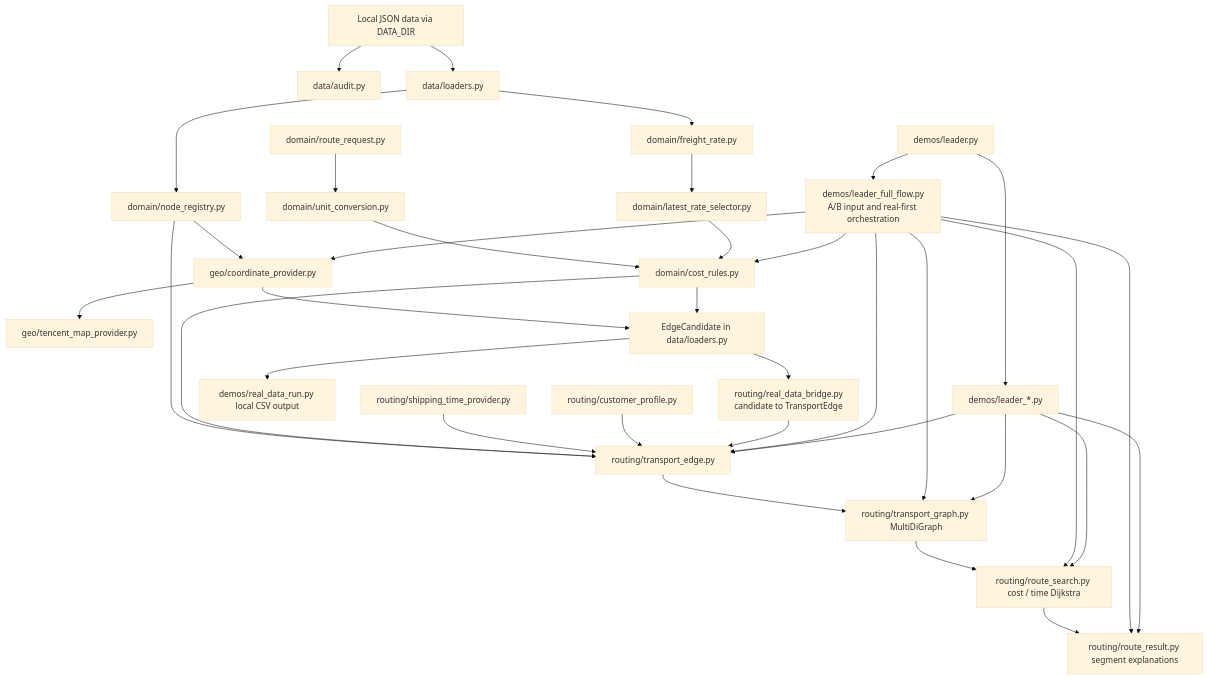
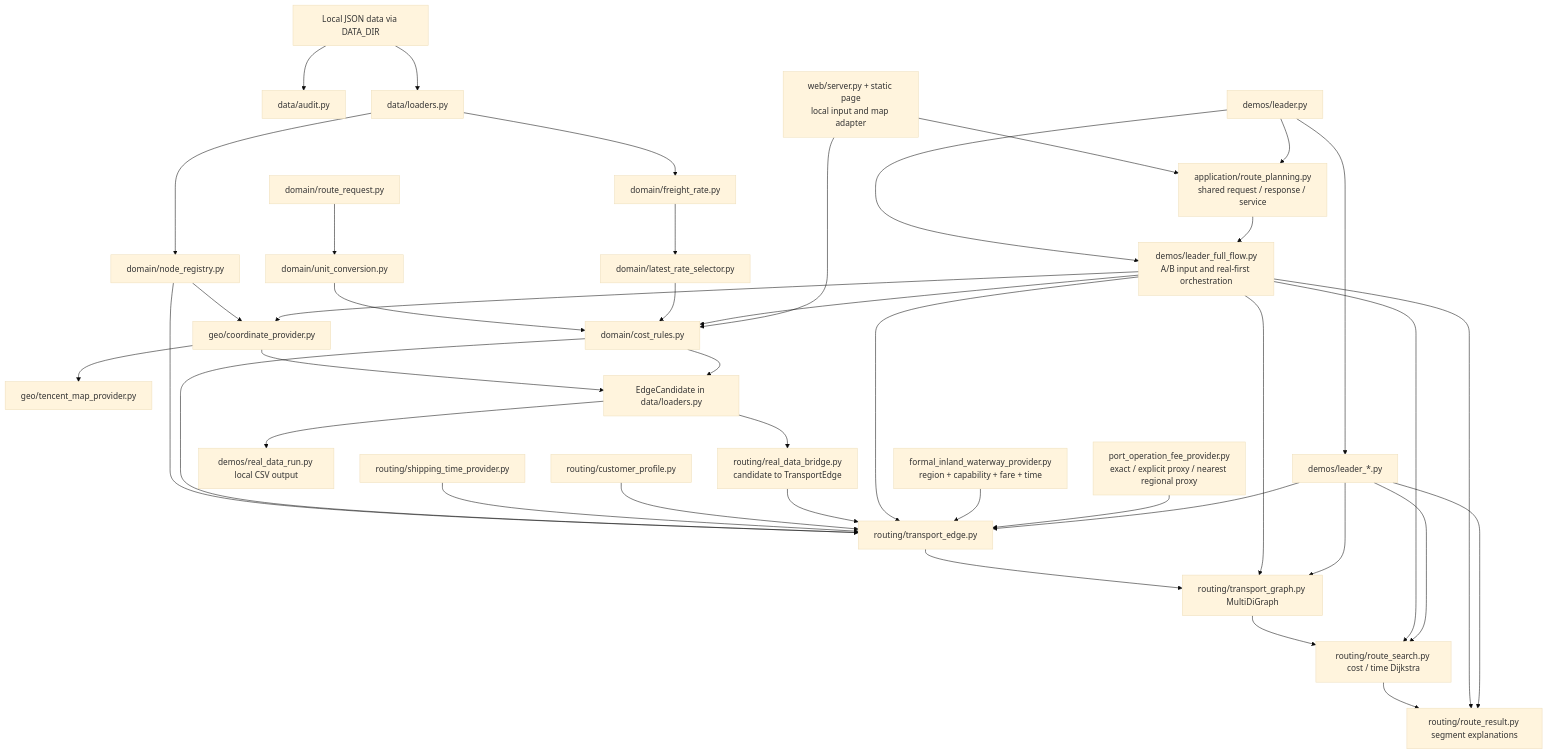
Before and after one commit to yumenou92-netizen/From-Port-to-Factory-A-Project-on-Transport-Route-Inference-Based-on-an-Open-Mapping-Platform: the first of 2 diagrams in docs/ARCHITECTURE.md, drawn with Mermaid (base theme). The commit also changed other lines of this file and 85 other files, not shown here.

````diff
--- a/docs/ARCHITECTURE.md
+++ b/docs/ARCHITECTURE.md
@@ -9,44 +77,50 @@
 ```mermaid
 flowchart TD
     A["Local JSON data via DATA_DIR"] --> B["data/audit.py"]
     A --> C["data/loaders.py"]
 
     C --> D["domain/node_registry.py"]
     D --> D2["geo/coordinate_provider.py"]
     D2 --> D3["geo/tencent_map_provider.py"]
     C --> E["domain/freight_rate.py"]
     E --> E2["domain/latest_rate_selector.py"]
 
     F["domain/route_request.py"] --> G["domain/unit_conversion.py"]
     G --> H["domain/cost_rules.py"]
     E2 --> H
     T["routing/shipping_time_provider.py"]
     P["routing/customer_profile.py"]
 
     D2 --> I["EdgeCandidate in data/loaders.py"]
     H --> I
     I --> O["demos/real_data_run.py local CSV output"]
     I --> R["routing/real_data_bridge.py<br/>candidate to TransportEdge"]
 
     D --> U["routing/transport_edge.py"]
     H --> U
     T --> U
     P --> U
     R --> U
     U --> V["routing/transport_graph.py MultiDiGraph"]
     V --> W["routing/route_search.py cost / time Dijkstra"]
     W --> X["routing/route_result.py segment explanations"]
 
     M["demos/leader.py"] --> N["demos/leader_*.py"]
     M --> LF["demos/leader_full_flow.py<br/>A/B input and real-first orchestration"]
     LF --> D2
     LF --> H
     LF --> U
     LF --> V
     LF --> W
     LF --> X
+    APP["application/route_planning.py<br/>shared request / response / service"] --> LF
+    IW["formal_inland_waterway_provider.py<br/>region + capability + fare + time"] --> U
+    OF["port_operation_fee_provider.py<br/>exact / explicit proxy / nearest regional proxy"] --> U
+    WEB["web/server.py + static page<br/>local input and map adapter"] --> APP
+    WEB --> H
+    M --> APP
     N --> U
     N --> V
     N --> W
     N --> X
 ```
````
